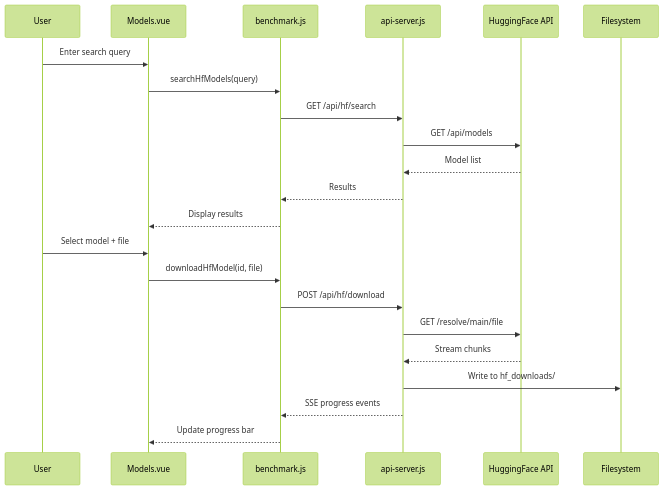
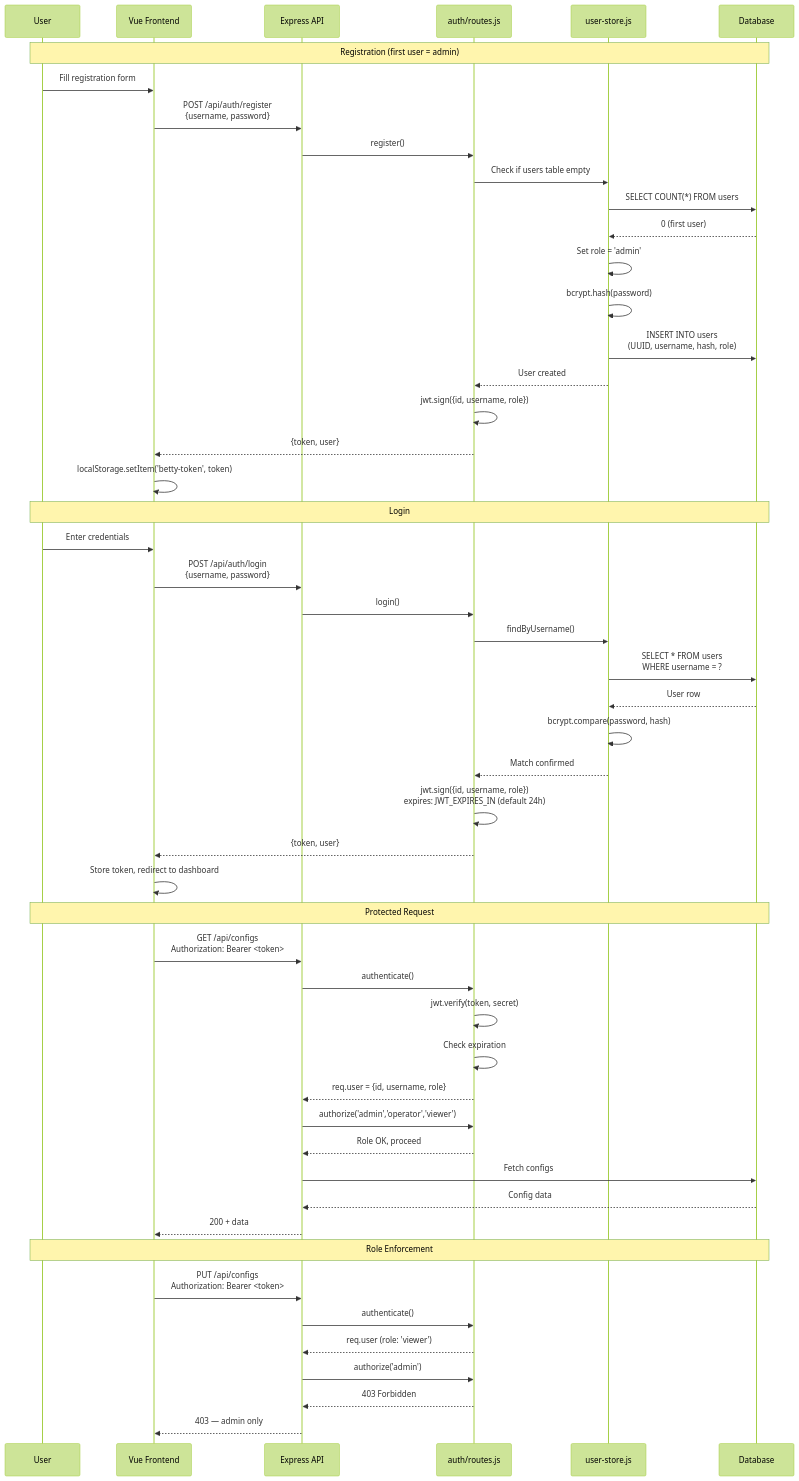
The sixth of 6 diagrams in docs/architecture.md (mepis/betty), drawn with Mermaid (forest theme) before and after one commit. The commit also changed other lines of this file and 41 other files, not shown here.

````diff
--- a/docs/architecture.md
+++ b/docs/architecture.md
@@ -222,26 +407,57 @@
 ```mermaid
 sequenceDiagram
-    participant User
-    participant Models as Models.vue
-    participant Store as benchmark.js
-    participant API as api-server.js
-    participant HF as HuggingFace API
-    participant FS as Filesystem
+    participant U as User
+    participant FE as Vue Frontend
+    participant API as Express API
+    participant Auth as auth/routes.js
+    participant Store as user-store.js
+    participant DB as Database
 
-    User->>Models: Enter search query
-    Models->>Store: searchHfModels(query)
-    Store->>API: GET /api/hf/search
-    API->>HF: GET /api/models
-    HF-->>API: Model list
-    API-->>Store: Results
-    Store-->>Models: Display results
+    Note over U,DB: Registration (first user = admin)
+    U->>FE: Fill registration form
+    FE->>API: POST /api/auth/register<br/>{username, password}
+    API->>Auth: register()
+    Auth->>Store: Check if users table empty
+    Store->>DB: SELECT COUNT(*) FROM users
+    DB-->>Store: 0 (first user)
+    Store->>Store: Set role = 'admin'
+    Store->>Store: bcrypt.hash(password)
+    Store->>DB: INSERT INTO users<br/>(UUID, username, hash, role)
+    Store-->>Auth: User created
+    Auth->>Auth: jwt.sign({id, username, role})
+    Auth-->>FE: {token, user}
+    FE->>FE: localStorage.setItem('betty-token', token)
 
-    User->>Models: Select model + file
-    Models->>Store: downloadHfModel(id, file)
-    Store->>API: POST /api/hf/download
-    API->>HF: GET /resolve/main/file
-    HF-->>API: Stream chunks
-    API->>FS: Write to hf_downloads/
-    API-->>Store: SSE progress events
-    Store-->>Models: Update progress bar
+    Note over U,DB: Login
+    U->>FE: Enter credentials
+    FE->>API: POST /api/auth/login<br/>{username, password}
+    API->>Auth: login()
+    Auth->>Store: findByUsername()
+    Store->>DB: SELECT * FROM users<br/>WHERE username = ?
+    DB-->>Store: User row
+    Store->>Store: bcrypt.compare(password, hash)
+    Store-->>Auth: Match confirmed
+    Auth->>Auth: jwt.sign({id, username, role})<br/>expires: JWT_EXPIRES_IN (default 24h)
+    Auth-->>FE: {token, user}
+    FE->>FE: Store token, redirect to dashboard
+
+    Note over U,DB: Protected Request
+    FE->>API: GET /api/configs<br/>Authorization: Bearer <token>
+    API->>Auth: authenticate()
+    Auth->>Auth: jwt.verify(token, secret)
+    Auth->>Auth: Check expiration
+    Auth-->>API: req.user = {id, username, role}
+    API->>Auth: authorize('admin','operator','viewer')
+    Auth-->>API: Role OK, proceed
+    API->>DB: Fetch configs
+    DB-->>API: Config data
+    API-->>FE: 200 + data
+
+    Note over U,DB: Role Enforcement
+    FE->>API: PUT /api/configs<br/>Authorization: Bearer <token>
+    API->>Auth: authenticate()
+    Auth-->>API: req.user (role: 'viewer')
+    API->>Auth: authorize('admin')
+    Auth-->>API: 403 Forbidden
+    API-->>FE: 403 — admin only
 ```
````
